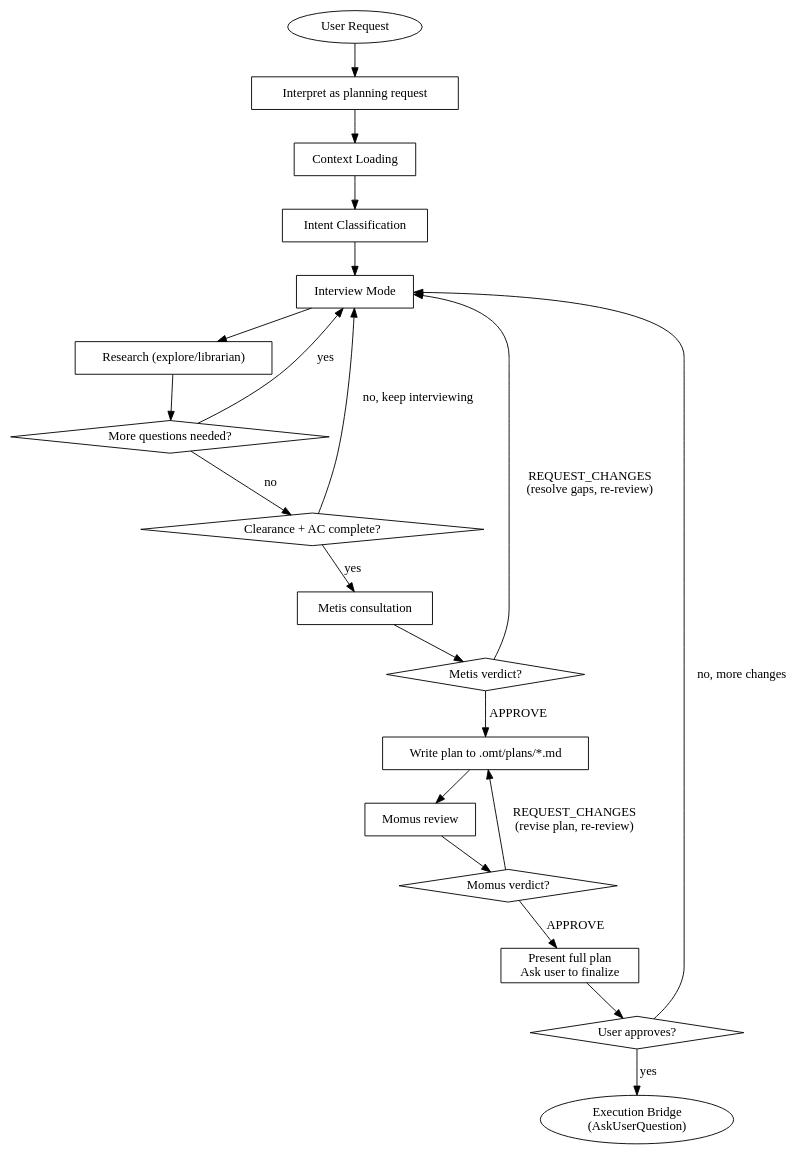
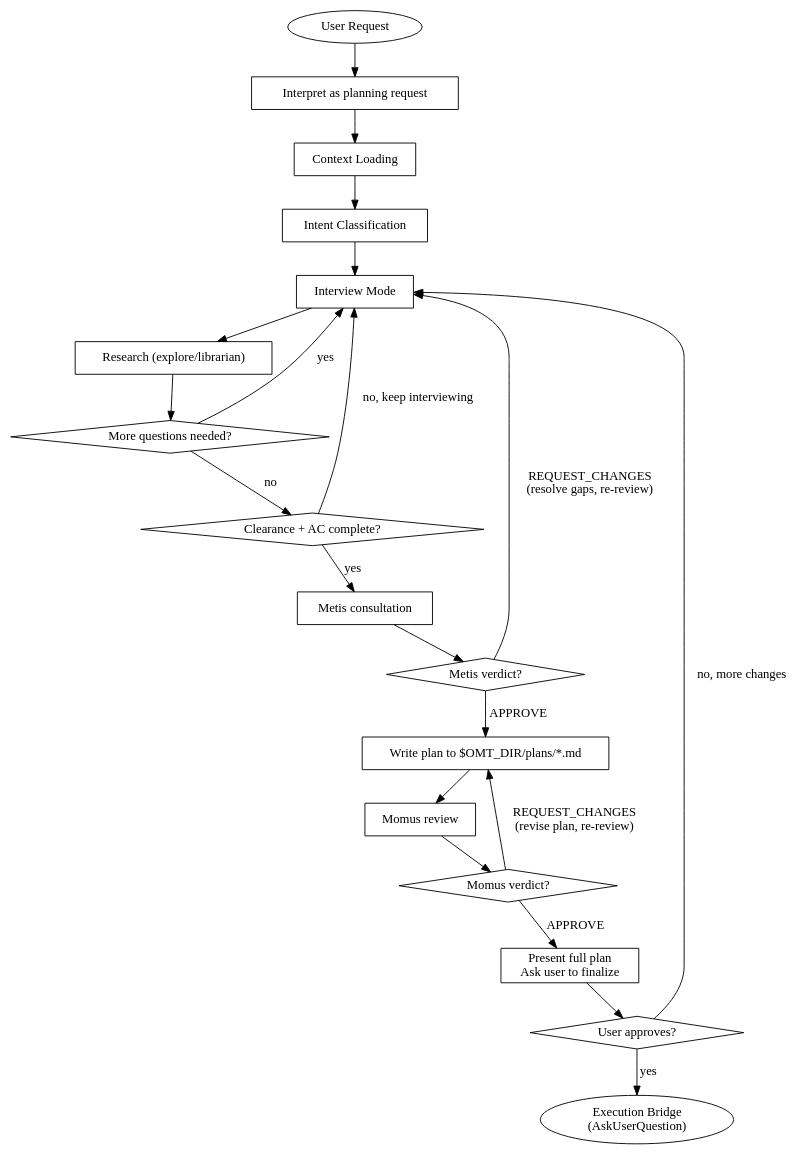
Before and after one commit to toongri/oh-my-toong-playground: the diagram in skills/prometheus/SKILL.md, drawn with Graphviz. The commit also changed other lines of this file and 21 other files, not shown here.

First line of the commit message:
refactor: 프롬프트 .omt/ 경로 $OMT_DIR/로 교체

````diff
--- a/skills/prometheus/SKILL.md
+++ b/skills/prometheus/SKILL.md
@@ -51,42 +51,42 @@
 ```dot
 digraph prometheus_flow {
     rankdir=TB;
     "User Request" [shape=ellipse];
     "Interpret as planning request" [shape=box];
     "Context Loading" [shape=box];
     "Intent Classification" [shape=box];
     "Interview Mode" [shape=box];
     "Research (explore/librarian)" [shape=box];
     "More questions needed?" [shape=diamond];
     "Clearance + AC complete?" [shape=diamond];
     "Metis consultation" [shape=box];
     "Metis verdict?" [shape=diamond];
-    "Write plan to .omt/plans/*.md" [shape=box];
+    "Write plan to $OMT_DIR/plans/*.md" [shape=box];
     "Momus review" [shape=box];
     "Momus verdict?" [shape=diamond];
     "Present full plan\nAsk user to finalize" [shape=box];
     "User approves?" [shape=diamond];
     "Execution Bridge\n(AskUserQuestion)" [shape=ellipse];
 
     "User Request" -> "Interpret as planning request";
     "Interpret as planning request" -> "Context Loading";
     "Context Loading" -> "Intent Classification";
     "Intent Classification" -> "Interview Mode";
     "Interview Mode" -> "Research (explore/librarian)";
     "Research (explore/librarian)" -> "More questions needed?";
     "More questions needed?" -> "Interview Mode" [label="yes"];
     "More questions needed?" -> "Clearance + AC complete?" [label="no"];
     "Clearance + AC complete?" -> "Interview Mode" [label="no, keep interviewing"];
     "Clearance + AC complete?" -> "Metis consultation" [label="yes"];
     "Metis consultation" -> "Metis verdict?";
     "Metis verdict?" -> "Interview Mode" [label="REQUEST_CHANGES\n(resolve gaps, re-review)"];
-    "Metis verdict?" -> "Write plan to .omt/plans/*.md" [label="APPROVE"];
-    "Write plan to .omt/plans/*.md" -> "Momus review";
+    "Metis verdict?" -> "Write plan to $OMT_DIR/plans/*.md" [label="APPROVE"];
+    "Write plan to $OMT_DIR/plans/*.md" -> "Momus review";
     "Momus review" -> "Momus verdict?";
-    "Momus verdict?" -> "Write plan to .omt/plans/*.md" [label="REQUEST_CHANGES\n(revise plan, re-review)"];
+    "Momus verdict?" -> "Write plan to $OMT_DIR/plans/*.md" [label="REQUEST_CHANGES\n(revise plan, re-review)"];
     "Momus verdict?" -> "Present full plan\nAsk user to finalize" [label="APPROVE"];
     "Present full plan\nAsk user to finalize" -> "User approves?";
     "User approves?" -> "Interview Mode" [label="no, more changes"];
     "User approves?" -> "Execution Bridge\n(AskUserQuestion)" [label="yes"];
 }
 ```
````
